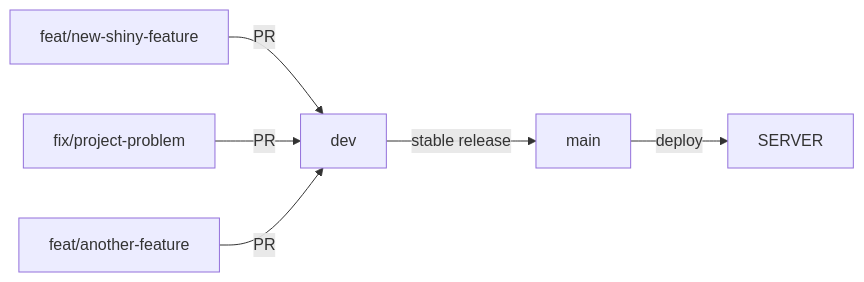
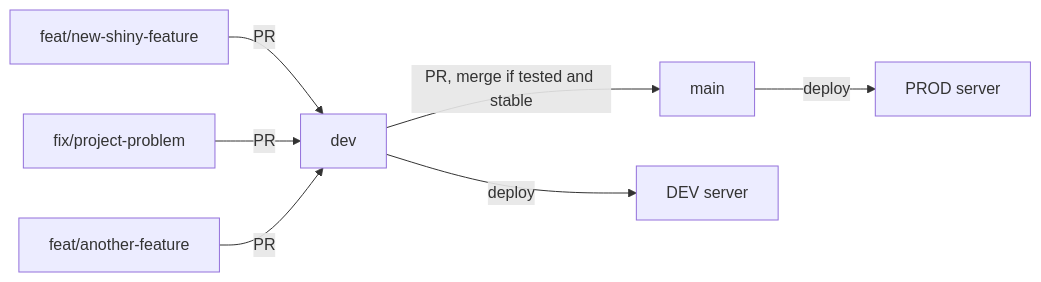
Before and after one commit to RSE-Sheffield/RSEAdmin: the diagram in README.md, drawn with Mermaid.

Commit message:
docs(contributing): update graph

````diff
--- a/README.md
+++ b/README.md
@@ -28,9 +28,10 @@
 ```mermaid
 graph LR
 
 fb1[feat/new-shiny-feature] --PR--> dev
 fixb1[fix/project-problem] --PR--> dev
 fb2[feat/another-feature] --PR--> dev
-dev --stable release--> main
-main --deploy--> SERVER
+dev --PR, merge if tested and stable--> main
+dev --deploy--> ds[DEV server]
+main --deploy--> ps[PROD server]
 ```
````
